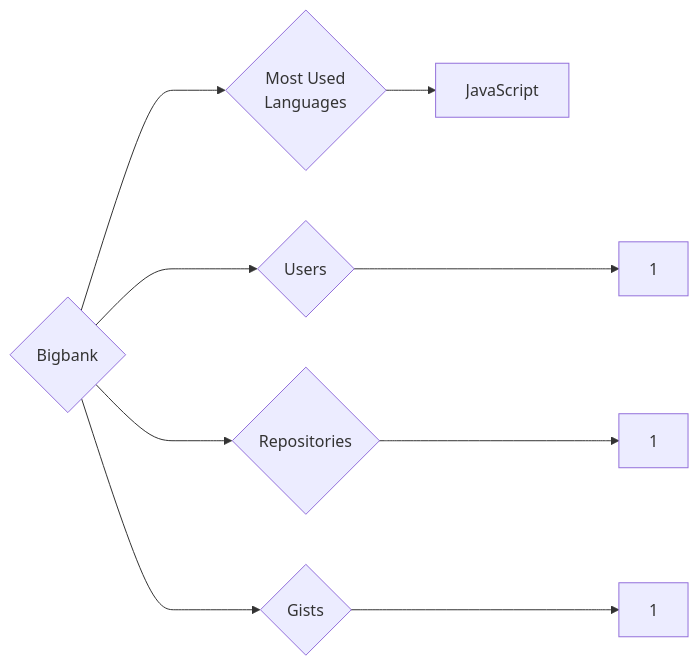
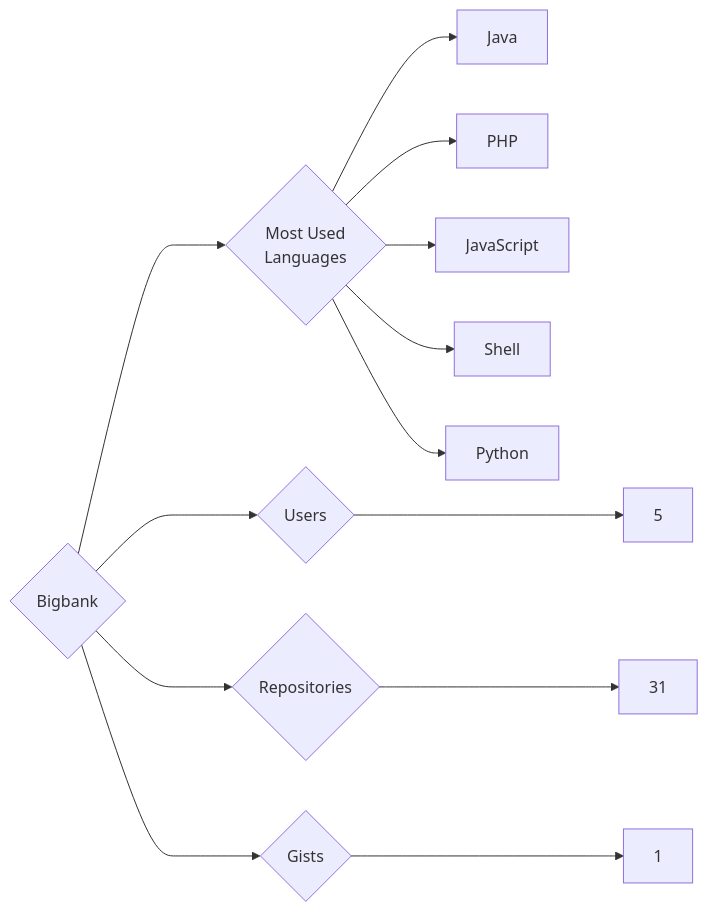
One commit to trickest/insiders changed the diagram in targets/Bigbank/README.md. Above: the diagram before and after it, drawn with Mermaid. The commit also changed 823 other files, not shown here.

````diff
--- a/targets/Bigbank/README.md
+++ b/targets/Bigbank/README.md
@@ -3,9 +3,13 @@
 ```mermaid
 graph LR
 COMPANY_NAME{Bigbank}
-COMPANY_NAME ---> U{Users} ---> UN[1]
-COMPANY_NAME ---> R{Repositories} ---> RN[1]
+COMPANY_NAME ---> U{Users} ---> UN[5]
+COMPANY_NAME ---> R{Repositories} ---> RN[31]
 COMPANY_NAME ---> G{Gists} ---> GN[1]
 COMPANY_NAME ---> ML{Most Used<br>Languages}
+ML --> Java[Java]
+ML --> PHP[PHP]
 ML --> JavaScript[JavaScript]
+ML --> Shell[Shell]
+ML --> Python[Python]
 ```
````
